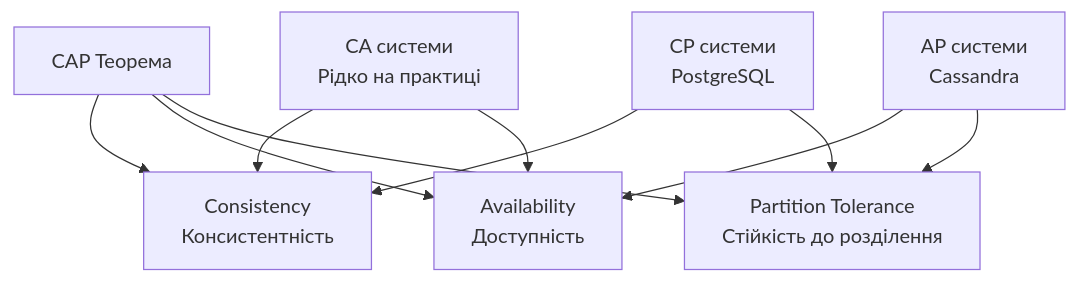
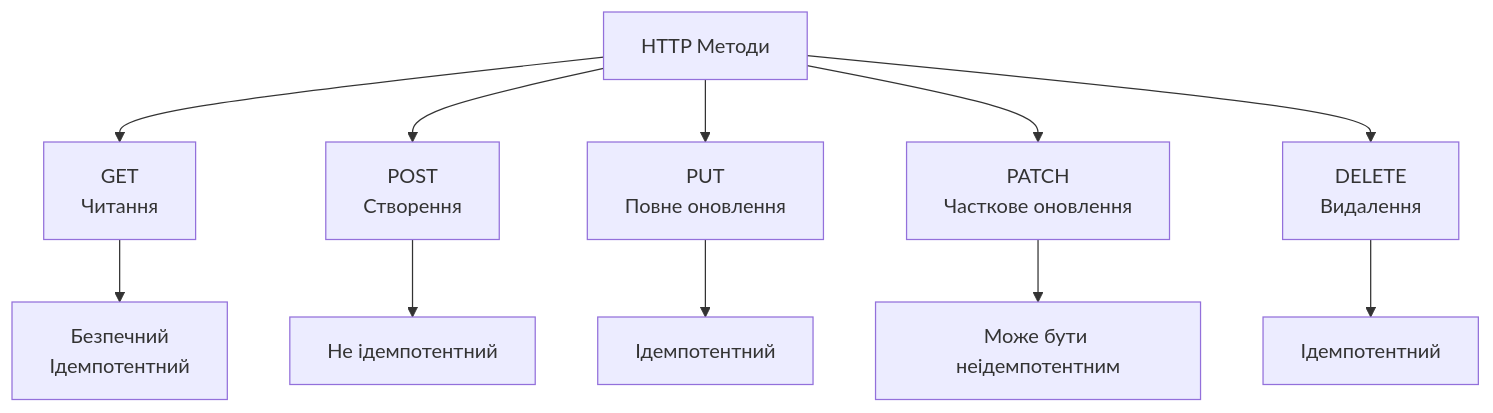
The second of 3 diagrams in docs/lectures/lecture-11.md (olroi421/course-opi), drawn with Mermaid before and after one commit. The commit also changed other lines of this file and 8 other files, not shown here.

````diff
--- a/docs/lectures/lecture-11.md
+++ b/docs/lectures/lecture-11.md
@@ -25,15 +87,14 @@
 ```mermaid
 graph TB
-    A[CAP Теорема] --> B[Consistency<br/>Консистентність]
-    A --> C[Availability<br/>Доступність]
-    A --> D[Partition Tolerance<br/>Стійкість до розділення]
+    A[HTTP Методи] --> B[GET<br/>Читання]
+    A --> C[POST<br/>Створення]
+    A --> D[PUT<br/>Повне оновлення]
+    A --> E[PATCH<br/>Часткове оновлення]
+    A --> F[DELETE<br/>Видалення]
 
-    E[CP системи<br/>PostgreSQL] --> B
-    E --> D
-
-    F[AP системи<br/>Cassandra] --> C
-    F --> D
-
-    G[CA системи<br/>Рідко на практиці] --> B
-    G --> C
+    B --> G[Безпечний<br/>Ідемпотентний]
+    C --> H[Не ідемпотентний]
+    D --> I[Ідемпотентний]
+    E --> J[Може бути неідемпотентним]
+    F --> K[Ідемпотентний]
 ```
````
